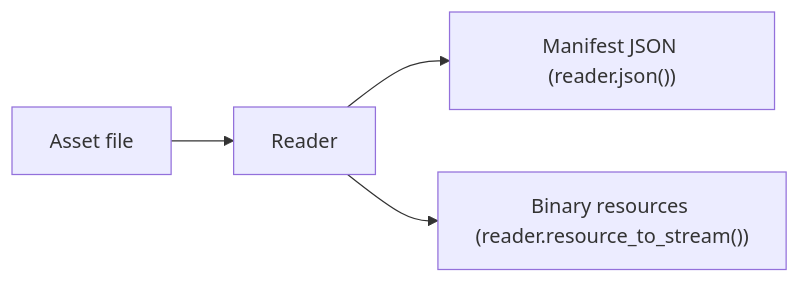
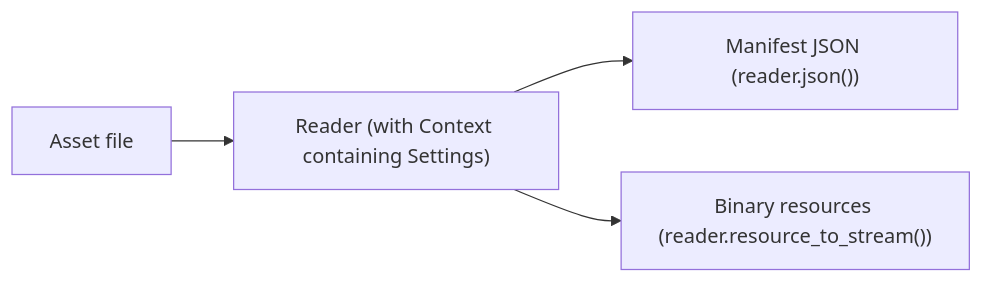
Before and after one commit to contentauth/c2pa-python: the second of 3 diagrams in docs/tmn-wip-docs/context.md, drawn with Mermaid. The commit also changed other lines of this file, not shown here.

````diff
--- a/docs/tmn-wip-docs/context.md
+++ b/docs/tmn-wip-docs/context.md
@@ -169,6 +169,6 @@
 ```mermaid
 flowchart LR
-    A[Asset file] --> B[Reader]
+    A[Asset file] --> B["Reader (with Context containing Settings)"]
     B --> C["Manifest JSON (reader.json())"]
     B --> D["Binary resources (reader.resource_to_stream())"]
 ```
````
